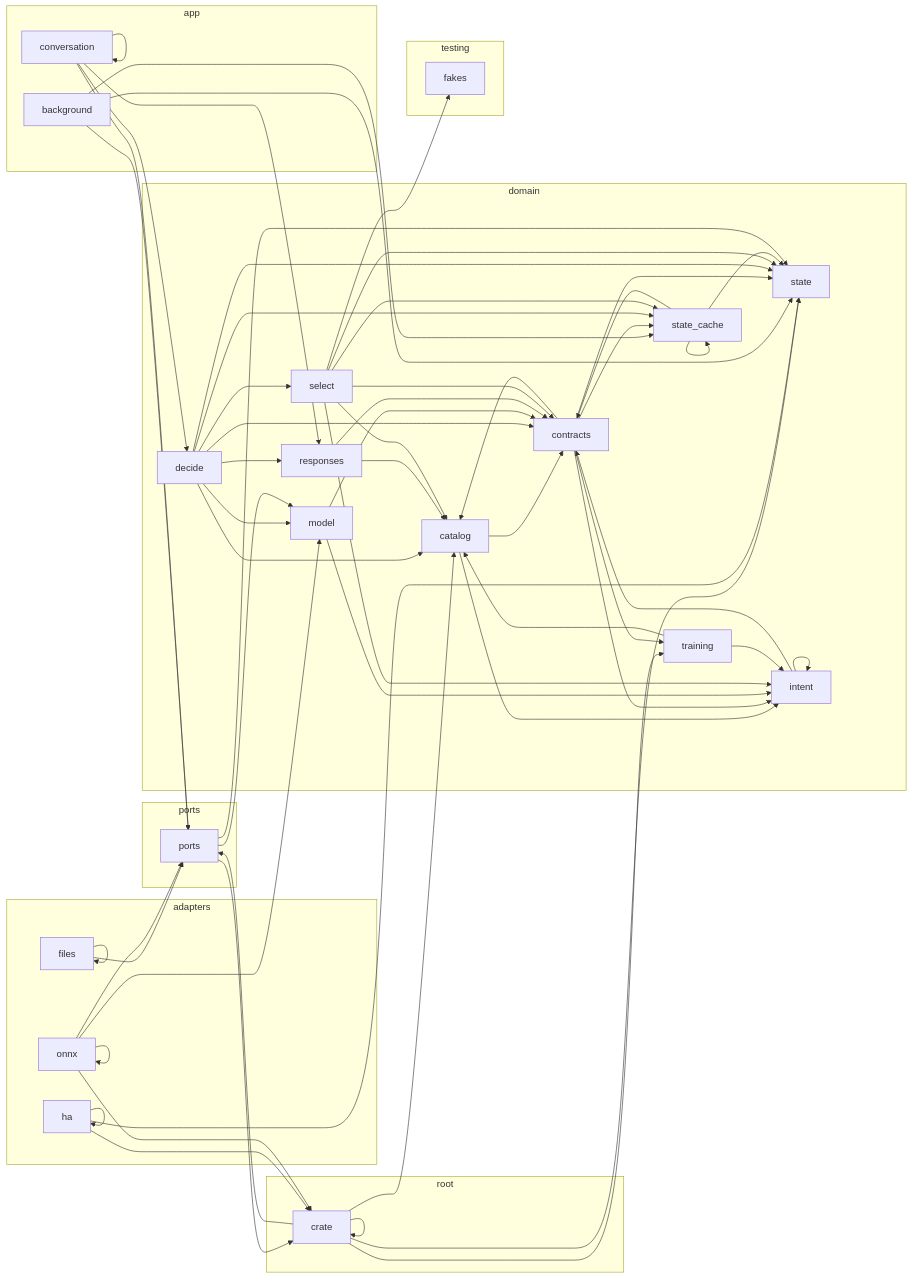
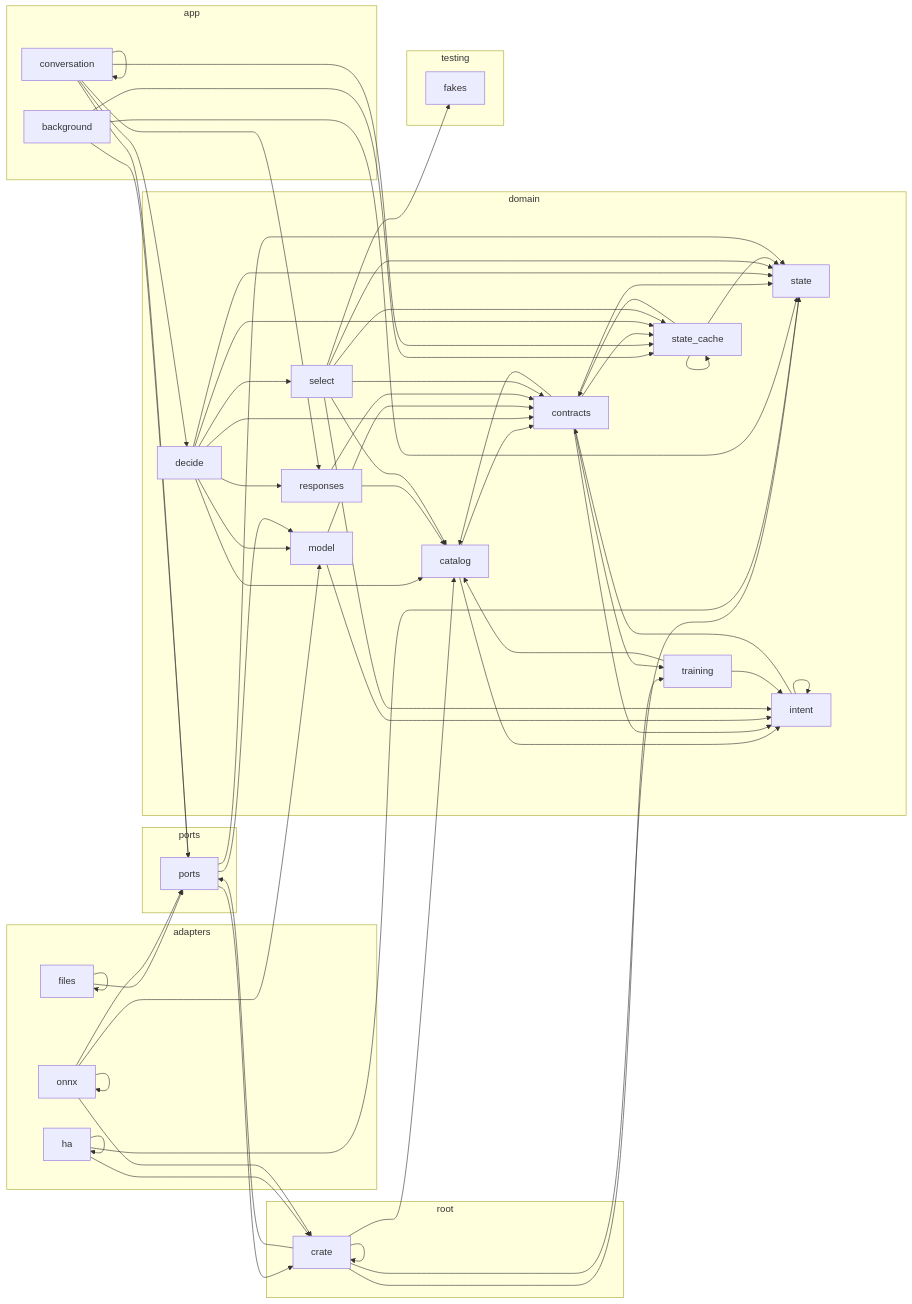
Before and after one commit to louislang/ha-jarvis: the diagram in docs/architecture.md, drawn with Mermaid. The commit also changed 6 other files, not shown here.

```diff
--- a/docs/architecture.md
+++ b/docs/architecture.md
@@ -54,6 +54,7 @@
     crate_app_conversation --> crate_app_conversation
     crate_app_conversation --> crate_domain_decide
     crate_app_conversation --> crate_domain_responses
+    crate_app_conversation --> crate_domain_state_cache
     crate_app_conversation --> crate_ports
     crate_domain_catalog --> crate_domain_contracts
     crate_domain_catalog --> crate_domain_intent
```
